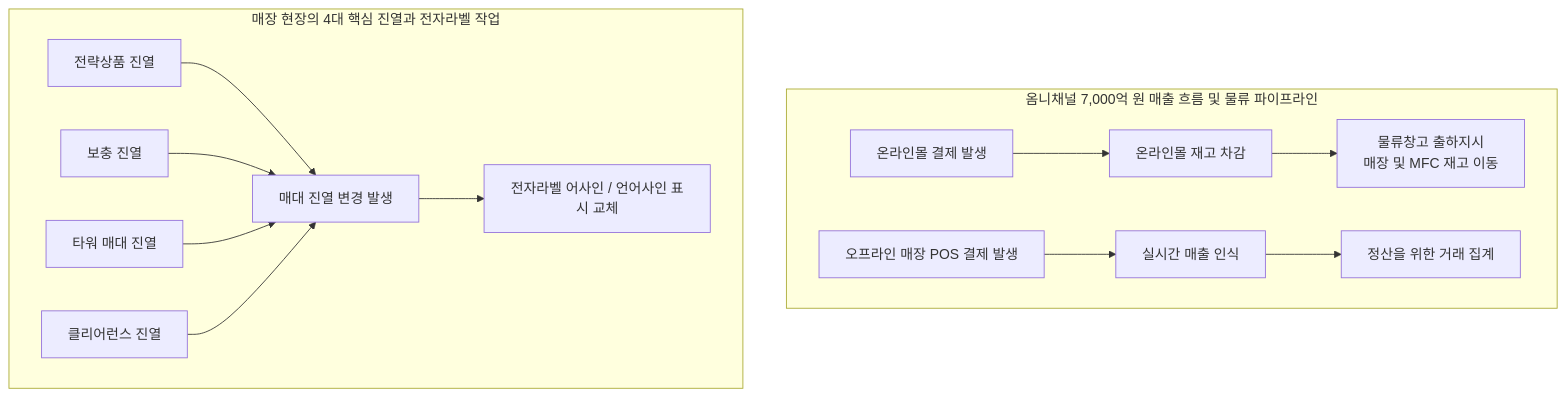
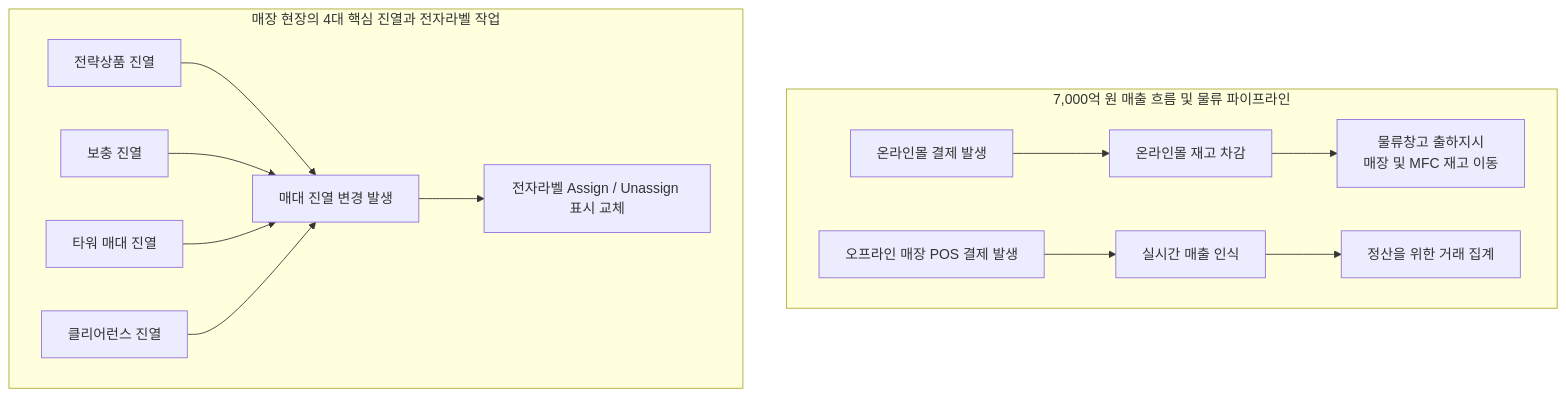
One commit to djpibo/djpibo.github.io changed the first of 5 diagrams in docs/case/2026-1Q/oy-sale-stat-hourly-cpu-sql.md. Above: the diagram before and after it, drawn with Mermaid. The commit also changed other lines of this file and 14 other files, not shown here.

````diff
--- a/docs/case/2026-1Q/oy-sale-stat-hourly-cpu-sql.md
+++ b/docs/case/2026-1Q/oy-sale-stat-hourly-cpu-sql.md
@@ -25,18 +25,18 @@
 ```mermaid
 graph TD
-    subgraph Flow["옴니채널 7,000억 원 매출 흐름 및 물류 파이프라인"]
+    subgraph Flow["7,000억 원 매출 흐름 및 물류 파이프라인"]
         A["온라인몰 결제 발생"] --> B["온라인몰 재고 차감"]
         B --> C["물류창고 출하지시<br/>매장 및 MFC 재고 이동"]
         D["오프라인 매장 POS 결제 발생"] --> E["실시간 매출 인식"]
         E --> F["정산을 위한 거래 집계"]
     end
 
     subgraph Store["매장 현장의 4대 핵심 진열과 전자라벨 작업"]
         F1["전략상품 진열"]
         F2["보충 진열"]
         F3["타워 매대 진열"]
         F4["클리어런스 진열"]
         F1 & F2 & F3 & F4 --> G["매대 진열 변경 발생"]
-        G --> H["전자라벨 어사인 / 언어사인 표시 교체"]
+        G --> H["전자라벨 Assign / Unassign 표시 교체"]
     end
 ```
````
